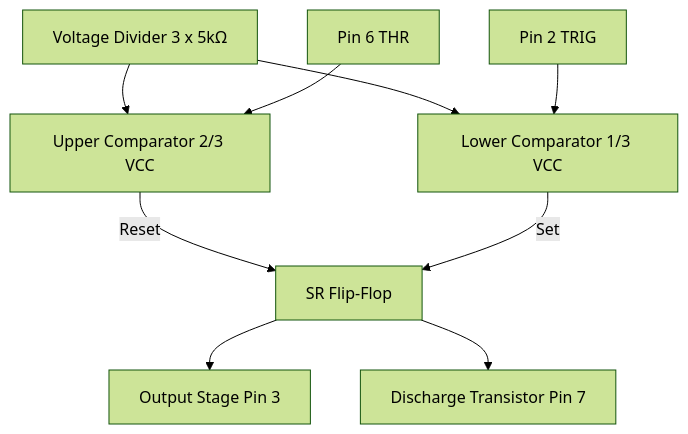
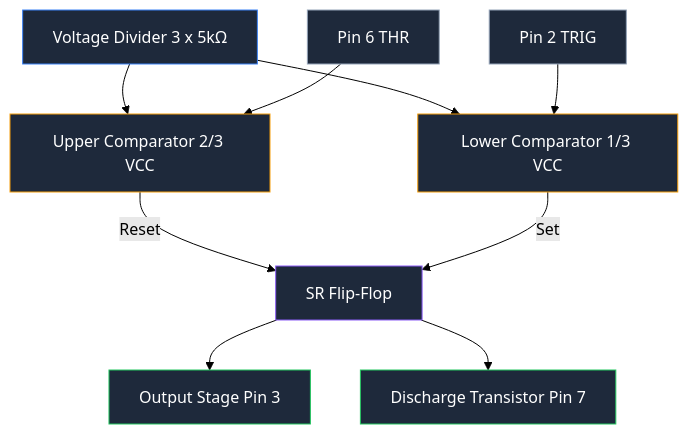
One commit to fakhir00/circuit-diagram-maker changed the third of 8 diagrams in src/content/blog/en/555-timer-circuit.md. Above: the diagram before and after it, drawn with Mermaid (forest theme). The commit also changed other lines of this file, not shown here.

````diff
--- a/src/content/blog/en/555-timer-circuit.md
+++ b/src/content/blog/en/555-timer-circuit.md
@@ -71,11 +87,20 @@
 ```mermaid
 flowchart TD
     VD[Voltage Divider 3 x 5kΩ] --> UC[Upper Comparator 2/3 VCC]
     VD --> LC[Lower Comparator 1/3 VCC]
     TH["Pin 6 THR"] --> UC
     TR["Pin 2 TRIG"] --> LC
     UC -->|Reset| FF[SR Flip-Flop]
     LC -->|Set| FF
     FF --> OUT[Output Stage Pin 3]
     FF --> DIS[Discharge Transistor Pin 7]
+    
+    style VD fill:#1e293b,stroke:#3b82f6,color:#fff
+    style UC fill:#1e293b,stroke:#f59e0b,color:#fff
+    style LC fill:#1e293b,stroke:#f59e0b,color:#fff
+    style TH fill:#1e293b,stroke:#94a3b8,color:#fff
+    style TR fill:#1e293b,stroke:#94a3b8,color:#fff
+    style FF fill:#1e293b,stroke:#8b5cf6,color:#fff
+    style OUT fill:#1e293b,stroke:#22c55e,color:#fff
+    style DIS fill:#1e293b,stroke:#22c55e,color:#fff
 ```
````
